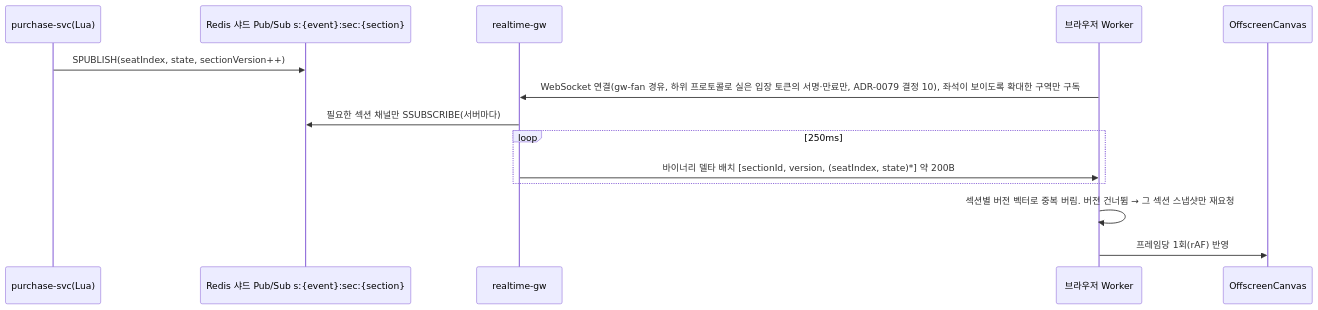
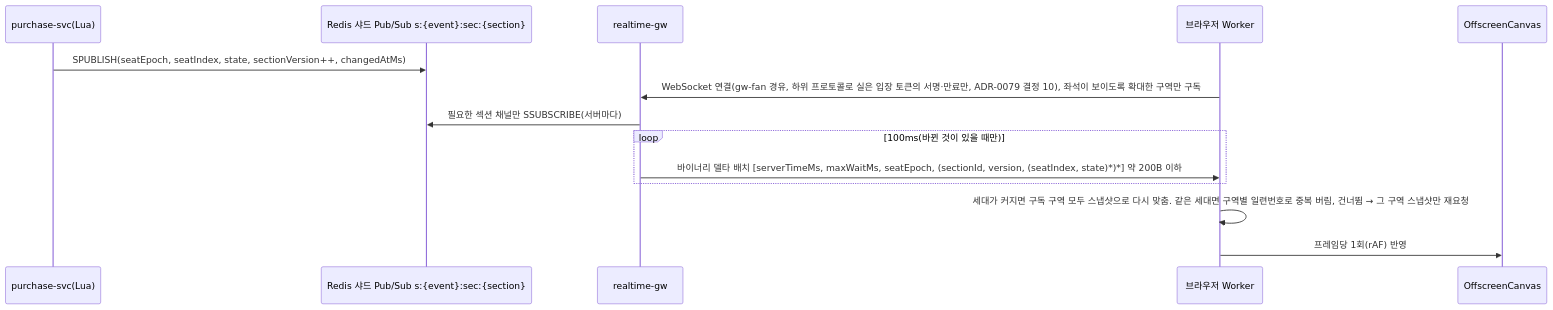
The second of 2 diagrams in docs/features/seat-hold.md (peaket/peaket), drawn with Mermaid before and after one commit. The commit also changed other lines of this file and 228 other files, not shown here.

````diff
--- a/docs/features/seat-hold.md
+++ b/docs/features/seat-hold.md
@@ -99,16 +129,16 @@
 ```mermaid
 sequenceDiagram
     participant P as purchase-svc(Lua)
     participant PS as Redis 샤드 Pub/Sub s:{event}:sec:{section}
     participant RG as realtime-gw
     participant W as 브라우저 Worker
     participant C as OffscreenCanvas
-    P->>PS: SPUBLISH(seatIndex, state, sectionVersion++)
+    P->>PS: SPUBLISH(seatEpoch, seatIndex, state, sectionVersion++, changedAtMs)
     W->>RG: WebSocket 연결(gw-fan 경유, 하위 프로토콜로 실은 입장 토큰의 서명·만료만, ADR-0079 결정 10), 좌석이 보이도록 확대한 구역만 구독
     RG->>PS: 필요한 섹션 채널만 SSUBSCRIBE(서버마다)
-    loop 250ms
-        RG->>W: 바이너리 델타 배치 [sectionId, version, (seatIndex, state)*] 약 200B
+    loop 100ms(바뀐 것이 있을 때만)
+        RG->>W: 바이너리 델타 배치 [serverTimeMs, maxWaitMs, seatEpoch, (sectionId, version, (seatIndex, state)*)*] 약 200B 이하
     end
-    W->>W: 섹션별 버전 벡터로 중복 버림. 버전 건너뜀 → 그 섹션 스냅샷만 재요청
+    W->>W: 세대가 커지면 구독 구역 모두 스냅샷으로 다시 맞춤. 같은 세대면 구역별 일련번호로 중복 버림, 건너뜀 → 그 구역 스냅샷만 재요청
     W->>C: 프레임당 1회(rAF) 반영
 ```
````
